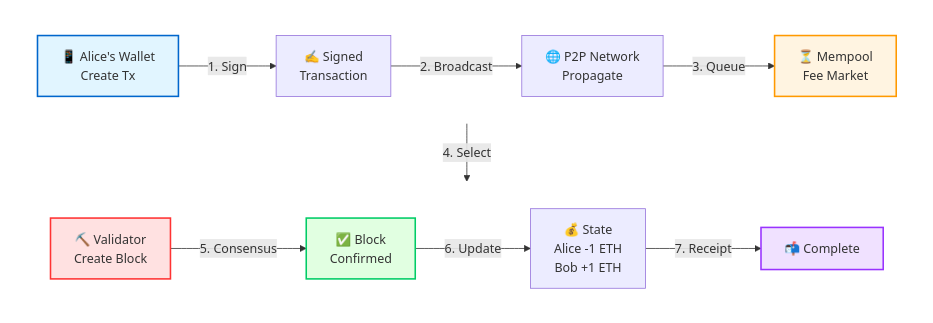
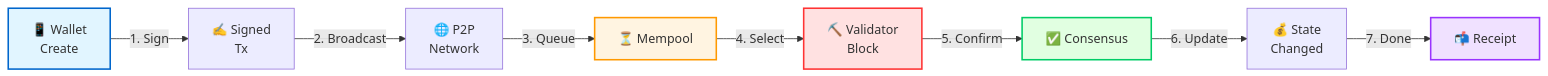
The first of 7 diagrams in Chapter2.md (MaxGnesi/Blockchain-101), drawn with Mermaid before and after one commit.

Commit message:
Refactor transaction journey diagram for clarity

````diff
--- a/Chapter2.md
+++ b/Chapter2.md
@@ -9,26 +9,16 @@
 ```mermaid
-graph TB
-    subgraph Row1[" "]
-        direction LR
-        A["📱 Alice's Wallet<br/>Create Tx"] -->|1. Sign| B["✍️ Signed<br/>Transaction"]
-        B -->|2. Broadcast| C["🌐 P2P Network<br/>Propagate"]
-        C -->|3. Queue| D["⏳ Mempool<br/>Fee Market"]
-    end
-    
-    subgraph Row2[" "]
-        direction LR
-        E["⛏️ Validator<br/>Create Block"] -->|5. Consensus| F["✅ Block<br/>Confirmed"]
-        F -->|6. Update| G["💰 State<br/>Alice -1 ETH<br/>Bob +1 ETH"]
-        G -->|7. Receipt| H["📬 Complete"]
-    end
-    
-    D -->|4. Select| E
+graph LR
+    A["📱 Wallet<br/>Create"] -->|1. Sign| B["✍️ Signed<br/>Tx"]
+    B -->|2. Broadcast| C["🌐 P2P<br/>Network"]
+    C -->|3. Queue| D["⏳ Mempool"]
+    D -->|4. Select| E["⛏️ Validator<br/>Block"]
+    E -->|5. Confirm| F["✅ Consensus"]
+    F -->|6. Update| G["💰 State<br/>Changed"]
+    G -->|7. Done| H["📬 Receipt"]
     
     style A fill:#e1f5ff,stroke:#0066cc,stroke-width:2px
     style D fill:#fff4e1,stroke:#ff9900,stroke-width:2px
     style E fill:#ffe1e1,stroke:#ff3333,stroke-width:2px
     style F fill:#e1ffe1,stroke:#00cc66,stroke-width:2px
     style H fill:#f0e1ff,stroke:#9933ff,stroke-width:2px
-    style Row1 fill:none,stroke:none
-    style Row2 fill:none,stroke:none
 ```
````
